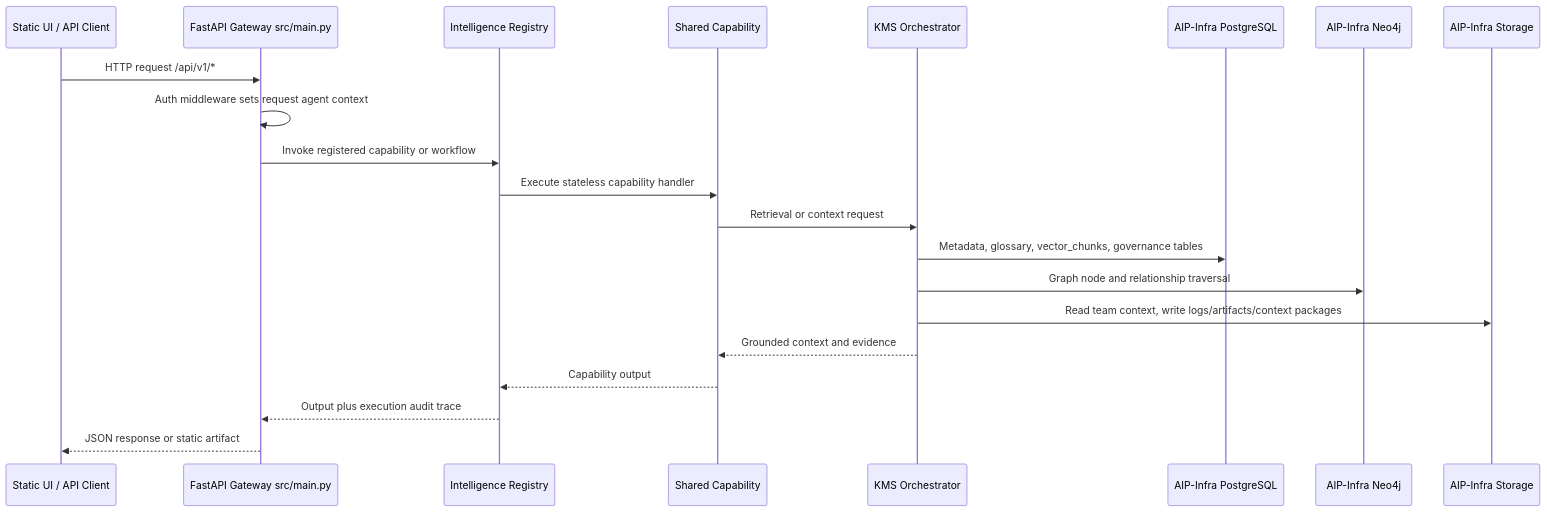
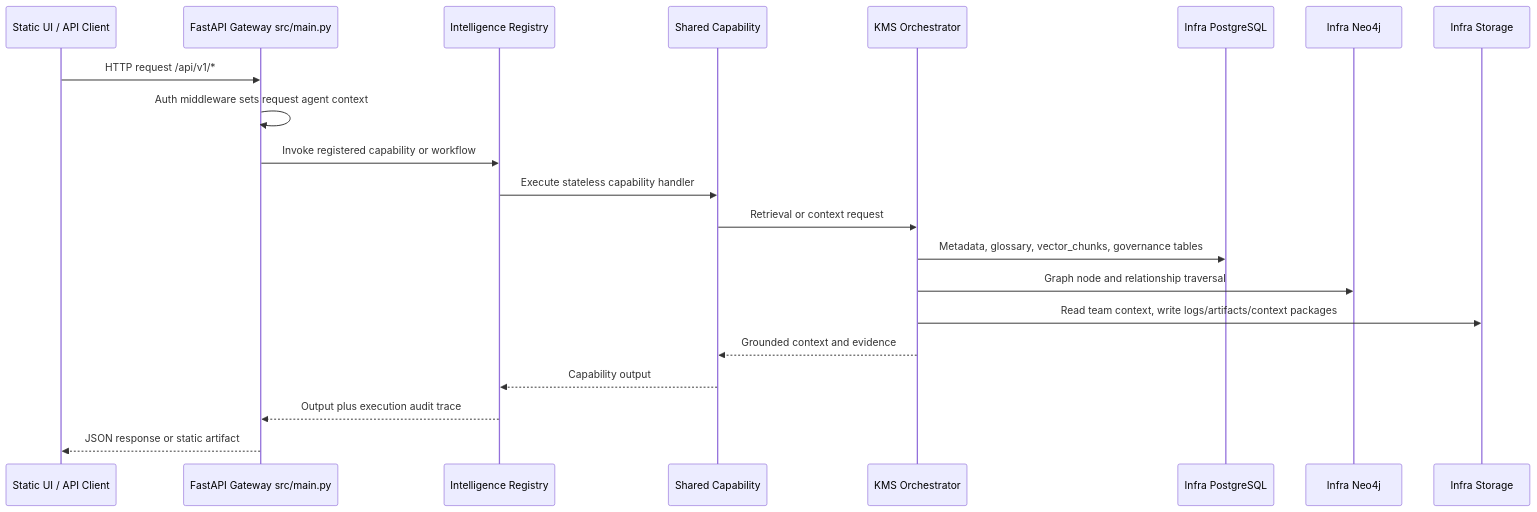
Before and after one commit to chethanp11/aip-project: the second of 2 diagrams in README.md, drawn with Mermaid. The commit also changed other lines of this file and 22 other files, not shown here.

````diff
--- a/README.md
+++ b/README.md
@@ -110,24 +110,24 @@
 ```mermaid
 sequenceDiagram
     participant UI as Static UI / API Client
     participant API as FastAPI Gateway src/main.py
     participant INT as Intelligence Registry
     participant CAP as Shared Capability
     participant KMS as KMS Orchestrator
-    participant PG as AIP-Infra PostgreSQL
-    participant N4J as AIP-Infra Neo4j
-    participant FS as AIP-Infra Storage
+    participant PG as Infra PostgreSQL
+    participant N4J as Infra Neo4j
+    participant FS as Infra Storage
 
     UI->>API: HTTP request /api/v1/*
     API->>API: Auth middleware sets request agent context
     API->>INT: Invoke registered capability or workflow
     INT->>CAP: Execute stateless capability handler
     CAP->>KMS: Retrieval or context request
     KMS->>PG: Metadata, glossary, vector_chunks, governance tables
     KMS->>N4J: Graph node and relationship traversal
     KMS->>FS: Read team context, write logs/artifacts/context packages
     KMS-->>CAP: Grounded context and evidence
     CAP-->>INT: Capability output
     INT-->>API: Output plus execution audit trace
     API-->>UI: JSON response or static artifact
 ```
````
